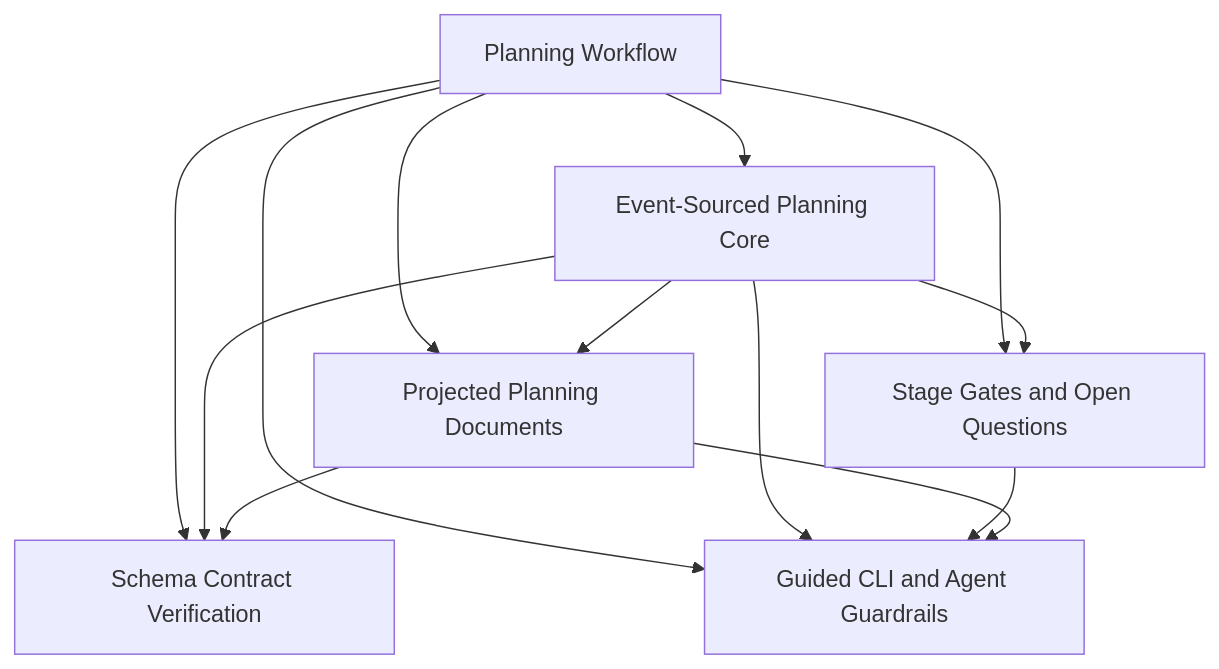
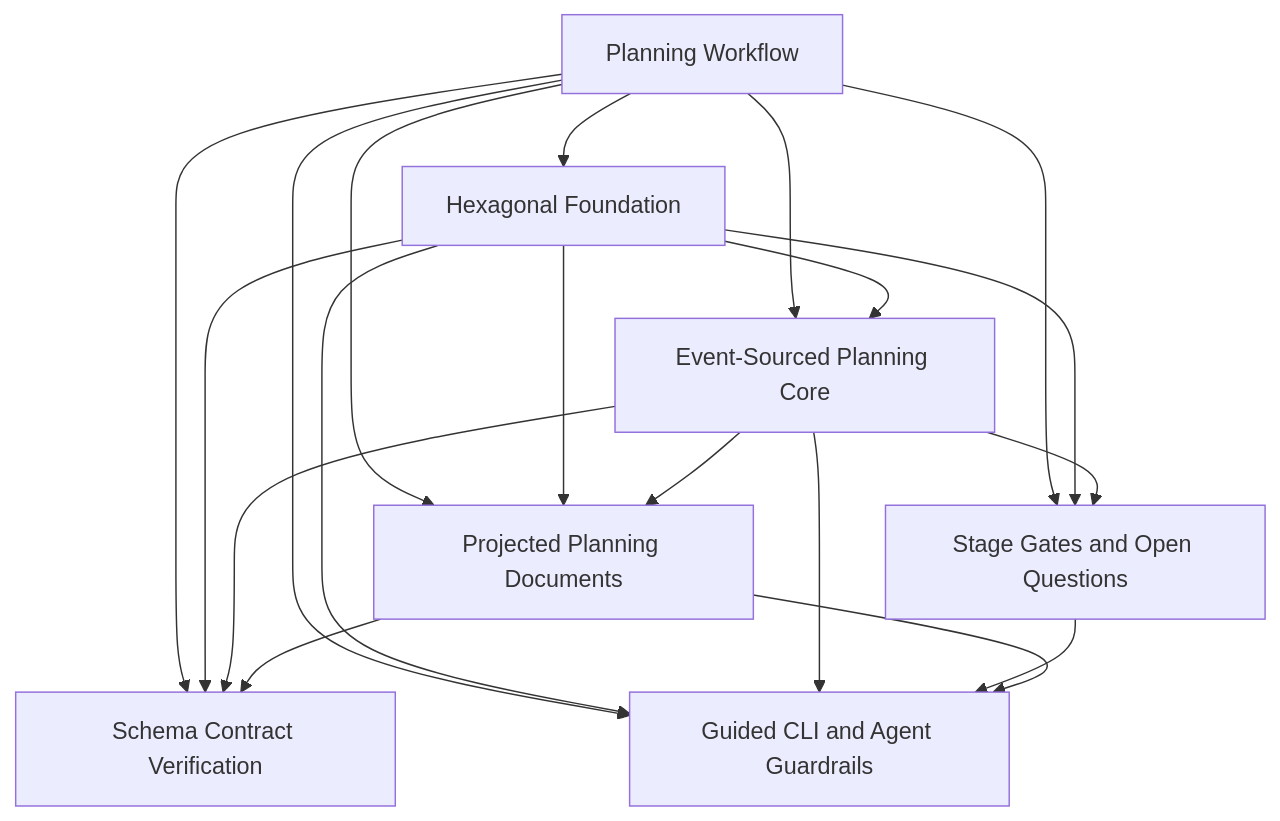
The ninth of 14 diagrams in .enclosure/plans/planning-workflow/UML.md (9orky/enclosure), drawn with Mermaid before and after one commit. The commit also changed other lines of this file and 13 other files, not shown here.

````diff
--- a/.enclosure/plans/planning-workflow/UML.md
+++ b/.enclosure/plans/planning-workflow/UML.md
@@ -334,16 +334,22 @@
 ```mermaid
 flowchart TD
-    Plan["Planning Workflow"] --> Core["Event-Sourced Planning Core"]
+    Plan["Planning Workflow"] --> Hex["Hexagonal Foundation"]
+    Plan --> Core["Event-Sourced Planning Core"]
     Plan --> Docs["Projected Planning Documents"]
     Plan --> CLI["Guided CLI and Agent Guardrails"]
     Plan --> Gates["Stage Gates and Open Questions"]
     Plan --> Contracts["Schema Contract Verification"]
 
+    Hex --> Core
+    Hex --> Docs
+    Hex --> Gates
+    Hex --> CLI
+    Hex --> Contracts
     Core --> Docs
     Core --> Gates
     Core --> CLI
     Core --> Contracts
     Docs --> Contracts
     Gates --> CLI
     Docs --> CLI
 ```
````
